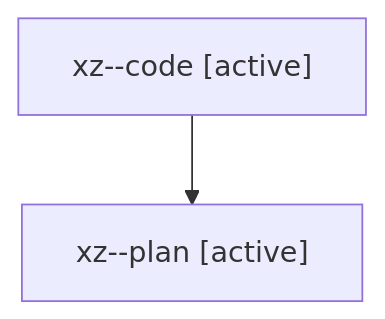
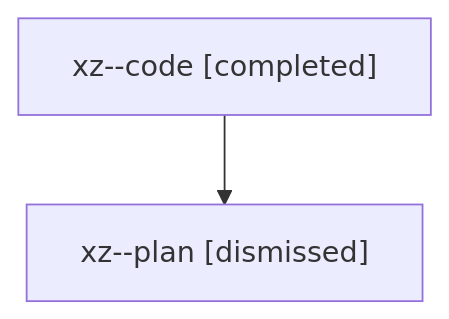
One commit to sase-org/sase--agents changed the diagram in families/bbugyi200.athena.xz.md. Above: the diagram before and after it, drawn with Mermaid. The commit also changed other lines of this file and 1973 other files, not shown here.

````diff
--- a/families/bbugyi200.athena.xz.md
+++ b/families/bbugyi200.athena.xz.md
@@ -9,6 +9,6 @@
 ```mermaid
 flowchart TD
-  n0["xz--code [active]"]
-  n1["xz--plan [active]"]
+  n0["xz--code [completed]"]
+  n1["xz--plan [dismissed]"]
   n0 --> n1
 ```
````
